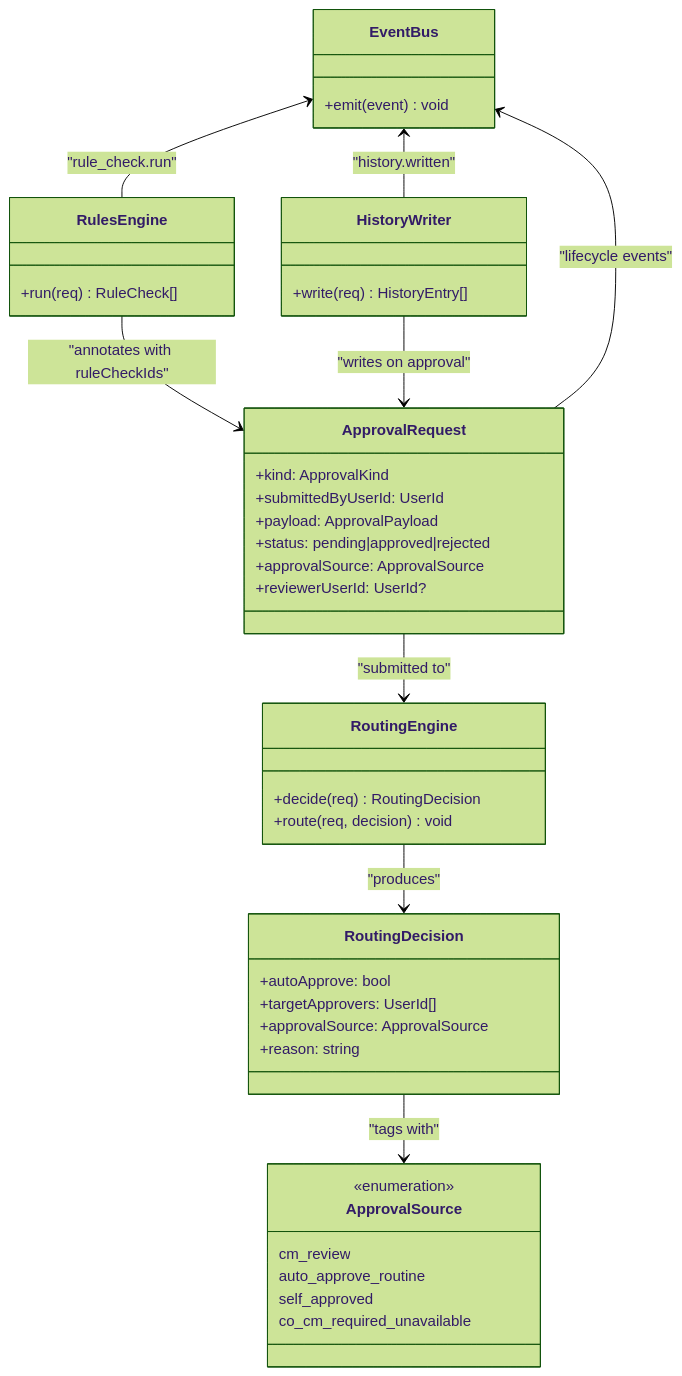
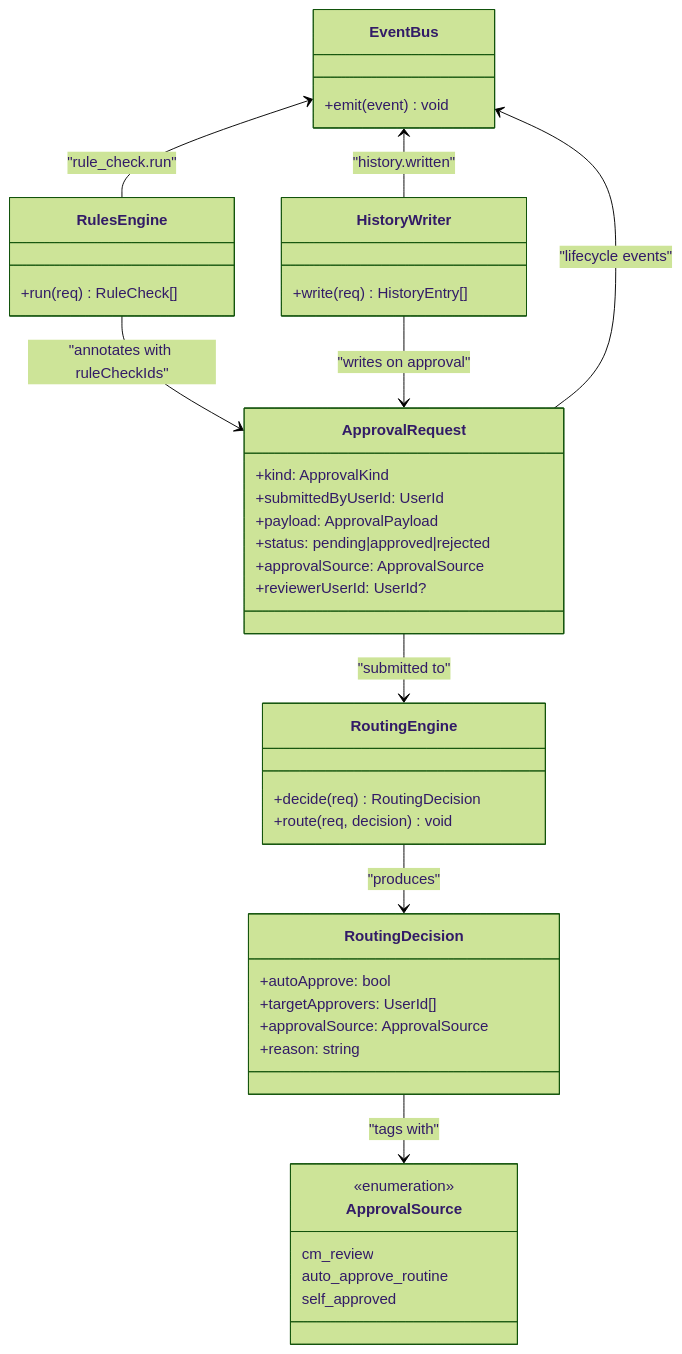
The fourth of 5 diagrams in prd-5-approval-system.md (kaykayyali/crusade-master-prds), drawn with Mermaid (forest theme) before and after one commit. The commit also changed other lines of this file and 6 other files, not shown here.

````diff
--- a/prd-5-approval-system.md
+++ b/prd-5-approval-system.md
@@ -475,52 +480,51 @@
 ```mermaid
 classDiagram
     class ApprovalRequest {
         +kind: ApprovalKind
         +submittedByUserId: UserId
         +payload: ApprovalPayload
         +status: pending|approved|rejected
         +approvalSource: ApprovalSource
         +reviewerUserId: UserId?
     }
 
     class RoutingEngine {
         +decide(req) RoutingDecision
         +route(req, decision) void
     }
 
     class RoutingDecision {
         +autoApprove: bool
         +targetApprovers: UserId[]
         +approvalSource: ApprovalSource
         +reason: string
     }
 
     class ApprovalSource {
         <<enumeration>>
         cm_review
         auto_approve_routine
         self_approved
-        co_cm_required_unavailable
     }
 
     class RulesEngine {
         +run(req) RuleCheck[]
     }
 
     class HistoryWriter {
         +write(req) HistoryEntry[]
     }
 
     class EventBus {
         +emit(event) void
     }
 
     ApprovalRequest --> RoutingEngine : "submitted to"
     RoutingEngine --> RoutingDecision : "produces"
     RoutingDecision --> ApprovalSource : "tags with"
     RulesEngine --> ApprovalRequest : "annotates with ruleCheckIds"
     HistoryWriter --> ApprovalRequest : "writes on approval"
     EventBus <-- ApprovalRequest : "lifecycle events"
     EventBus <-- RulesEngine : "rule_check.run"
     EventBus <-- HistoryWriter : "history.written"
 ```
````
